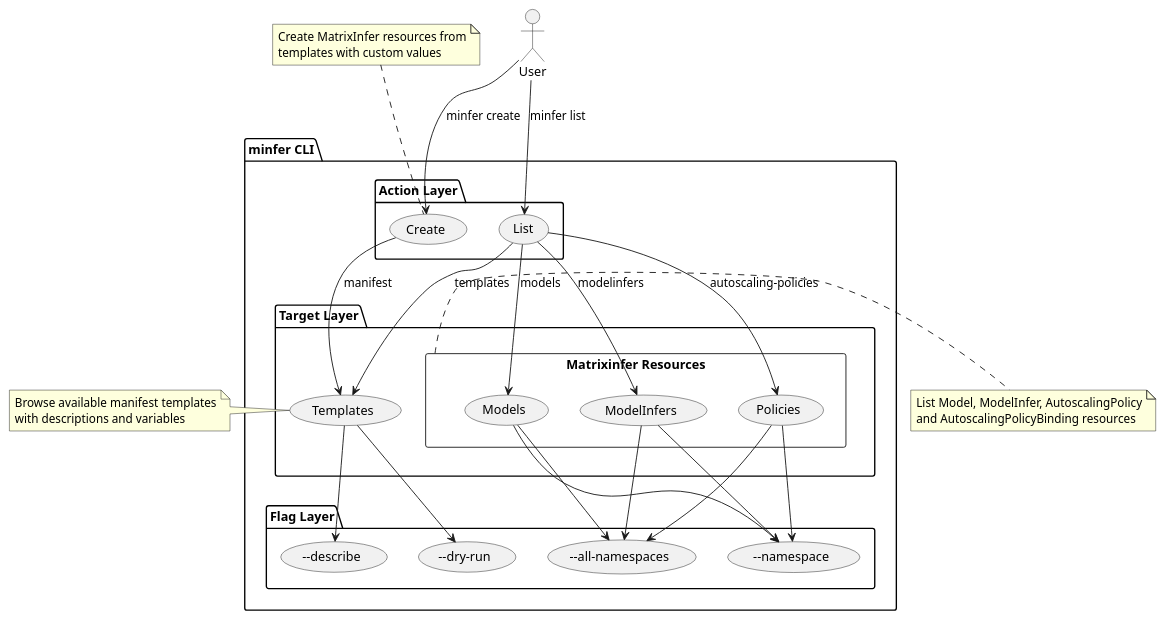
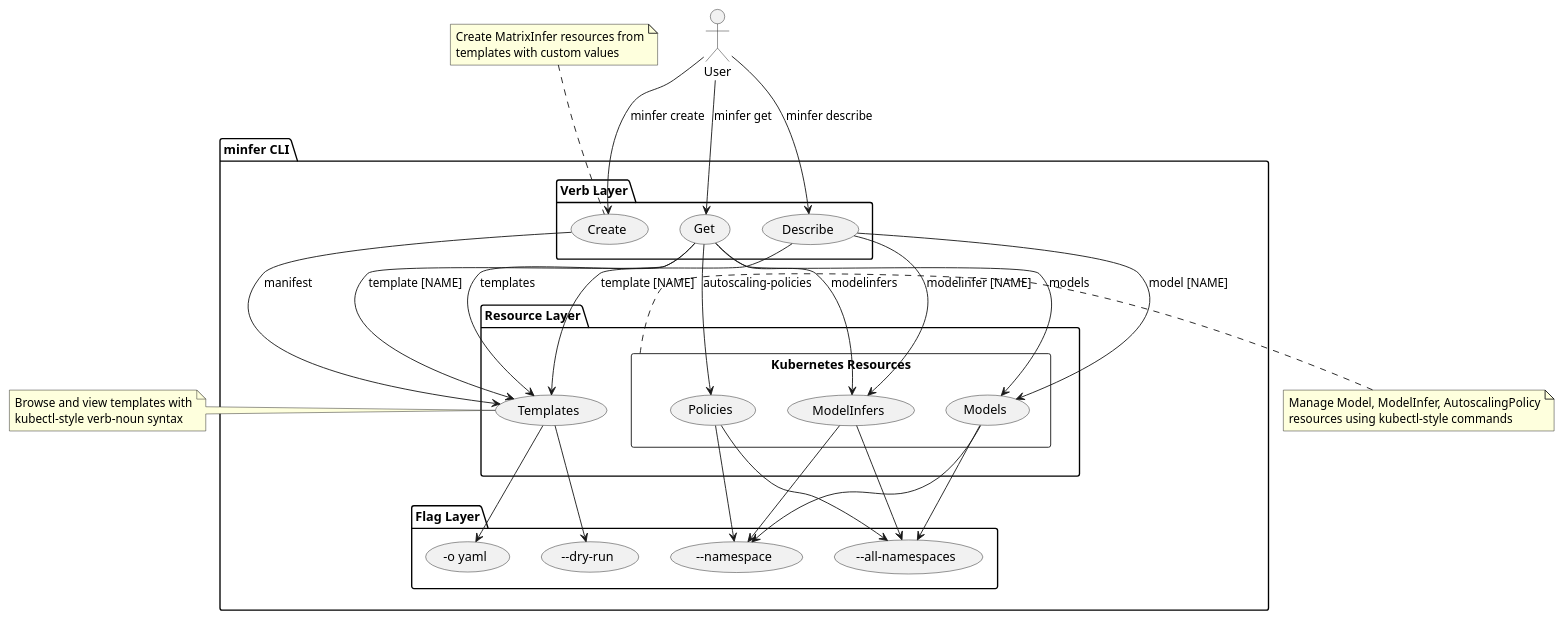
The first of 2 diagrams in cli/minfer/README.md (matrixinfer-ai/kthena), drawn with PlantUML before and after one commit. The commit also changed other lines of this file and 3 other files, not shown here.

First line of the commit message:
Adds get and describe commands for templates

````diff
--- a/cli/minfer/README.md
+++ b/cli/minfer/README.md
@@ -9,64 +9,71 @@
 ```plantuml
 actor "User" as user
 
 package "minfer CLI" {
   
-  package "Action Layer" {
-    usecase "List" as ListAction
-    usecase "Create" as CreateAction
+  package "Verb Layer" {
+    usecase "Get" as GetVerb
+    usecase "Describe" as DescribeVerb
+    usecase "Create" as CreateVerb
   }
   
-  package "Target Layer" {
-    usecase "Templates" as TemplatesTarget
-    rectangle "Matrixinfer Resources" as Resources {
-       usecase "Models" as ModelsTarget
-       usecase "ModelInfers" as ModelInfersTarget
-       usecase "Policies" as PoliciesTarget
+  package "Resource Layer" {
+    usecase "Templates" as TemplatesResource
+    rectangle "Kubernetes Resources" as KubernetesResources {
+       usecase "Models" as ModelsResource
+       usecase "ModelInfers" as ModelInfersResource
+       usecase "Policies" as PoliciesResource
     }
   }
   
   package "Flag Layer" {
-    usecase "--describe" as DescribeFlag
+    usecase "-o yaml" as OutputFlag
     usecase "--dry-run" as DryRunFlag
     usecase "--namespace" as NamespaceFlag
     usecase "--all-namespaces" as AllNamespacesFlag
   }
 }
 
-' User interactions with action layer
-user --> ListAction : minfer list
-user --> CreateAction : minfer create
+' User interactions with verb layer (kubectl-style)
+user --> GetVerb : minfer get
+user --> DescribeVerb : minfer describe
+user --> CreateVerb : minfer create
 
-' Action layer connects to target layer
-ListAction --> TemplatesTarget : templates
-ListAction --> ModelsTarget : models
-ListAction --> ModelInfersTarget : modelinfers
-ListAction --> PoliciesTarget : autoscaling-policies
+' Verb layer connects to resource layer
+GetVerb --> TemplatesResource : templates
+GetVerb --> TemplatesResource : template [NAME]
+GetVerb --> ModelsResource : models
+GetVerb --> ModelInfersResource : modelinfers
+GetVerb --> PoliciesResource : autoscaling-policies
 
-CreateAction --> TemplatesTarget : manifest
+DescribeVerb --> TemplatesResource : template [NAME]
+DescribeVerb --> ModelsResource : model [NAME]
+DescribeVerb --> ModelInfersResource : modelinfer [NAME]
 
-' Targets can use flags
-TemplatesTarget --> DescribeFlag
-TemplatesTarget --> DryRunFlag
-ModelsTarget --> NamespaceFlag
-ModelsTarget --> AllNamespacesFlag
-ModelInfersTarget --> AllNamespacesFlag
-ModelInfersTarget --> NamespaceFlag
-PoliciesTarget --> AllNamespacesFlag
-PoliciesTarget --> NamespaceFlag
+CreateVerb --> TemplatesResource : manifest
 
-note left of TemplatesTarget
-  Browse available manifest templates
-  with descriptions and variables
+' Resources can use flags
+TemplatesResource --> OutputFlag
+TemplatesResource --> DryRunFlag
+ModelsResource --> NamespaceFlag
+ModelsResource --> AllNamespacesFlag
+ModelInfersResource --> AllNamespacesFlag
+ModelInfersResource --> NamespaceFlag
+PoliciesResource --> AllNamespacesFlag
+PoliciesResource --> NamespaceFlag
+
+note left of TemplatesResource
+  Browse and view templates with
+  kubectl-style verb-noun syntax
 end note
 
-note top of CreateAction
+note top of CreateVerb
   Create MatrixInfer resources from
   templates with custom values
 end note
 
-note right of Resources
-  List Model, ModelInfer, AutoscalingPolicy
-  and AutoscalingPolicyBinding resources
+note right of KubernetesResources
+  Manage Model, ModelInfer, AutoscalingPolicy
+  resources using kubectl-style commands
 end note
 ```
````
